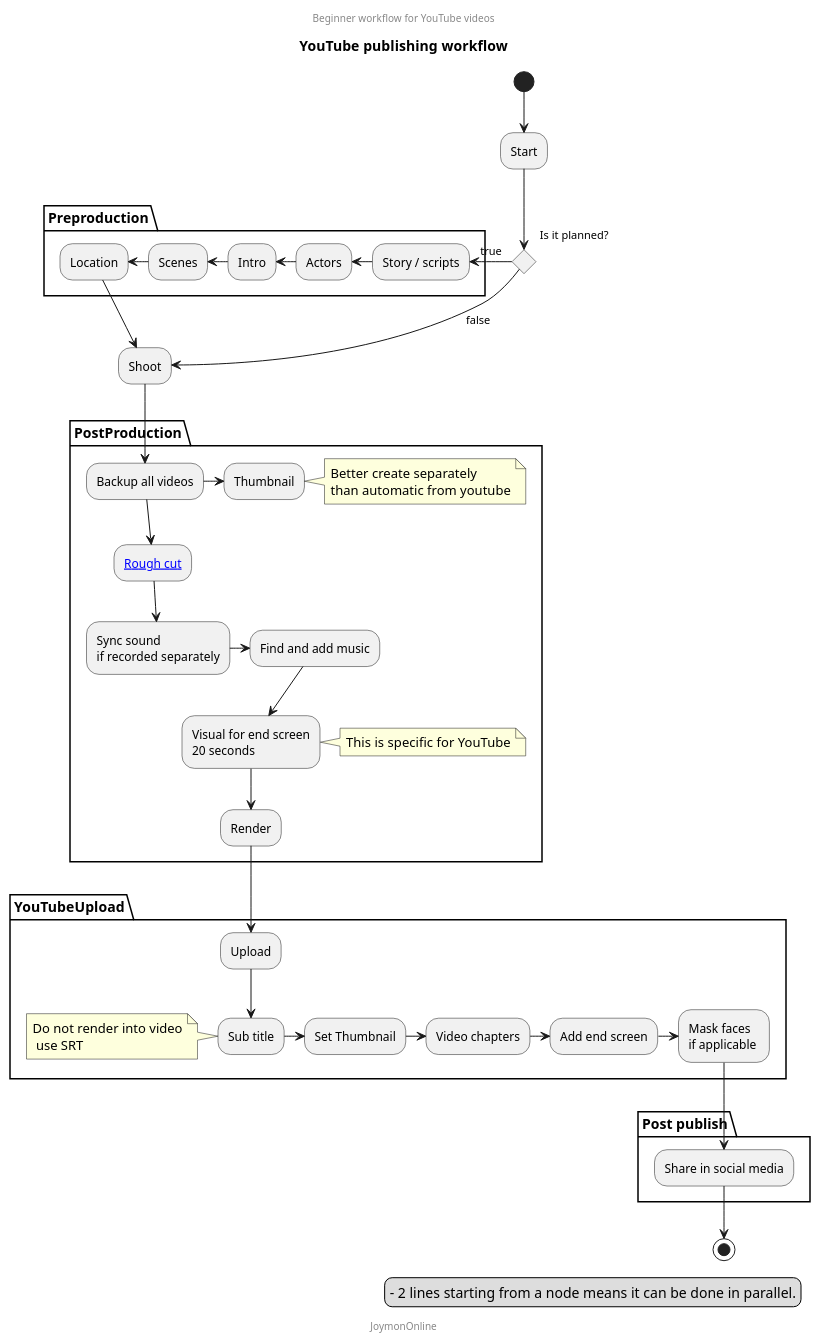
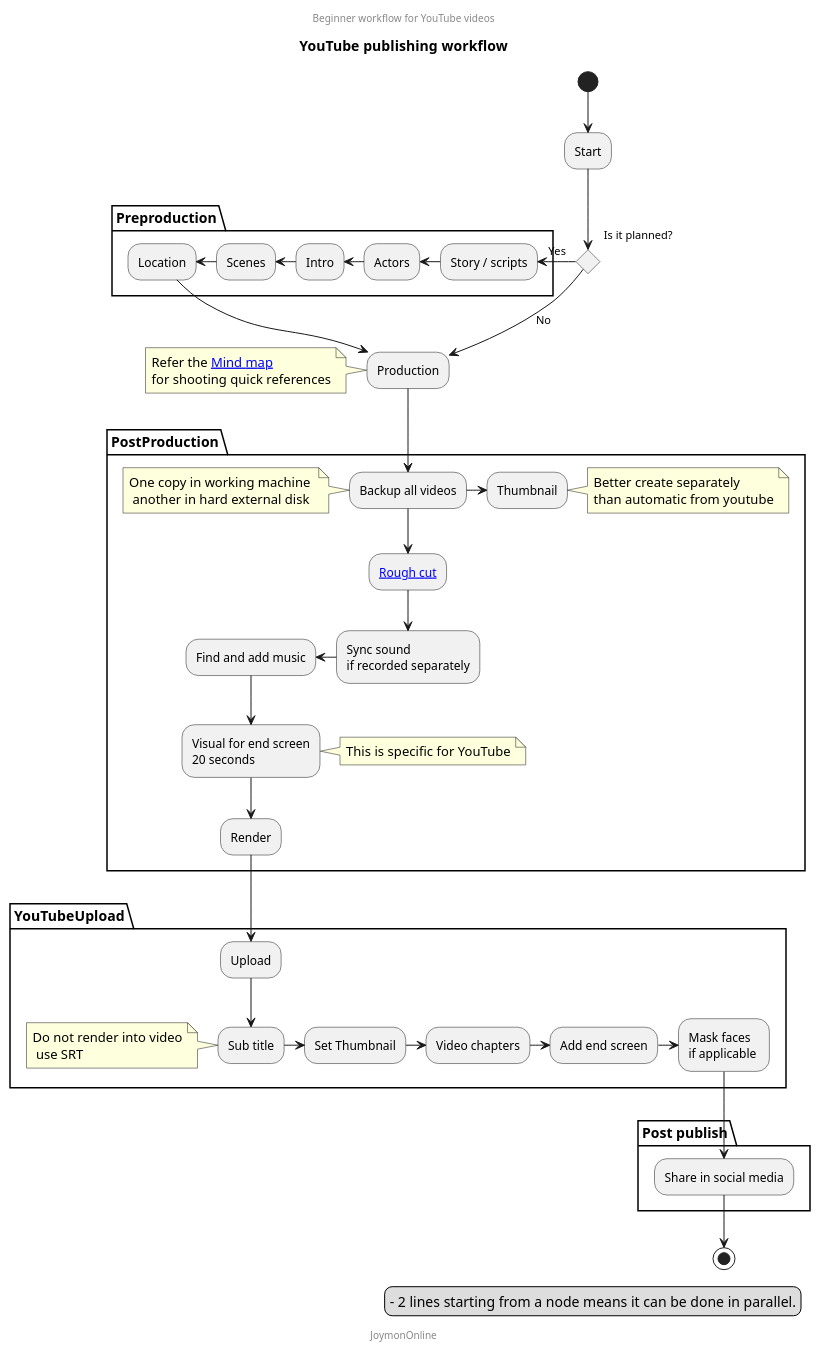
One commit to mind-maps/technology changed the diagram in media/video/beginer-youtube-workflow.puml. Above: the diagram before and after it, drawn with PlantUML.

```diff
--- a/media/video/beginer-youtube-workflow.puml
+++ b/media/video/beginer-youtube-workflow.puml
@@ -1,51 +1,53 @@
 @startuml
 Title YouTube publishing workflow
 center header
 Beginner workflow for YouTube videos
 endheader
 (*) -->"Start"
 if "Is it planned?" then
 partition "Preproduction" {
-    --left> [true] "Story / scripts"
+    --left> [Yes] "Story / scripts"
     --left> "Actors"
     --left> "Intro"
     --left> "Scenes"
     -left-> "Location"
 }
---> "Shoot"
+--> "Production" as P
+note left:Refer the [[https://www.plantuml.com/plantuml/proxy?fmt=svg&cache=no&src=https://raw.githubusercontent.com/mind-maps/technology/master/media/video/publishing.puml Mind map]] \nfor shooting quick references
 else
--->[false] "Shoot"
+-->[No] P
 endif
 partition PostProduction {
     --> "Backup all videos" as B
+    note left:One copy in working machine \n another in hard external disk
     --> "[[https://en.wikipedia.org/wiki/Rough_cut Rough cut]]" as RC
     --> "Sync sound\nif recorded separately"
-    --right> "Find and add music"
+    --left> "Find and add music"
     --> "Visual for end screen\n20 seconds"
     note right:This is specific for YouTube
     --> "Render" as R
     B -right-> "Thumbnail"
     note right: Better create separately \nthan automatic from youtube
 }
 partition YouTubeUpload {
 
     R --> "Upload" as U
     U --> "Sub title" as ST
     note left:Do not render into video\n use SRT
     ST--right> "Set Thumbnail" as STN
     STN --right> "Video chapters" as VC
     VC --right> "Add end screen" as ES
     ES --right> "Mask faces \nif applicable " as MF
 }
 partition "Post publish"{
     --> "Share in social media" as SM
 
 }
 -->(*)
 center footer JoymonOnline
 
 legend right
   - 2 lines starting from a node means it can be done in parallel.
 endlegend
 
 @enduml
```
